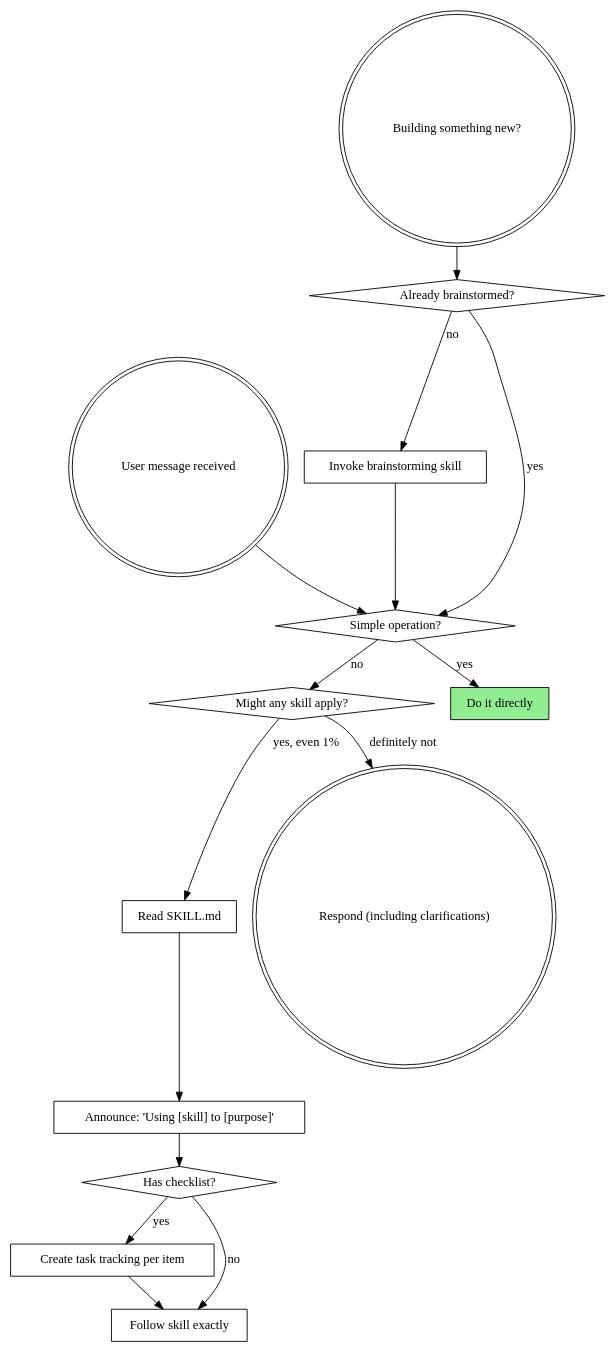
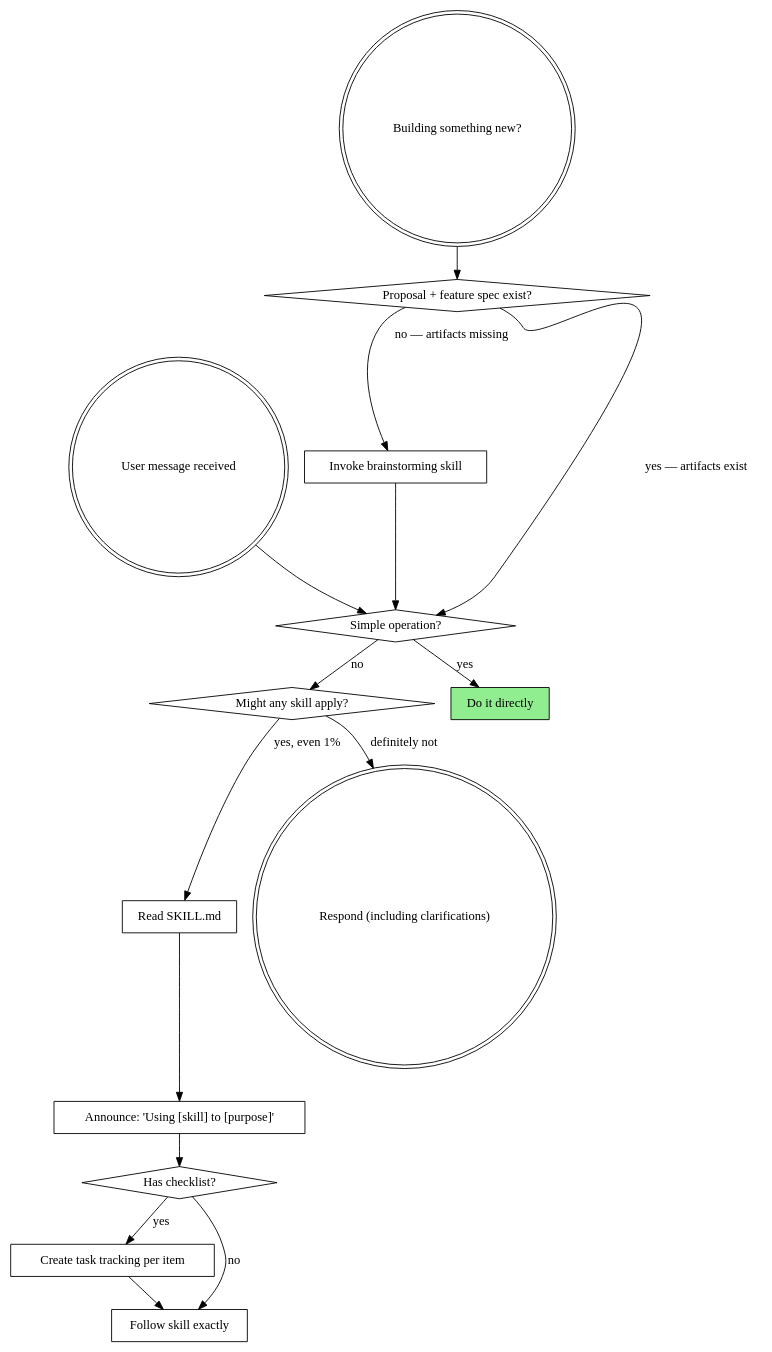
The diagram in skills/using-superpowers/SKILL.md (naripok/pi-superpowers), drawn with Graphviz before and after one commit. The commit also changed other lines of this file and 7 other files, not shown here.

````diff
--- a/skills/using-superpowers/SKILL.md
+++ b/skills/using-superpowers/SKILL.md
@@ -59,33 +59,33 @@
 ```dot
 digraph skill_flow {
     "User message received" [shape=doublecircle];
     "Building something new?" [shape=doublecircle];
-    "Already brainstormed?" [shape=diamond];
+    "Proposal + feature spec exist?" [shape=diamond];
     "Invoke brainstorming skill" [shape=box];
     "Simple operation?" [shape=diamond];
     "Might any skill apply?" [shape=diamond];
     "Read SKILL.md" [shape=box];
     "Announce: 'Using [skill] to [purpose]'" [shape=box];
     "Has checklist?" [shape=diamond];
     "Create task tracking per item" [shape=box];
     "Follow skill exactly" [shape=box];
     "Do it directly" [shape=box, style=filled, fillcolor=lightgreen];
     "Respond (including clarifications)" [shape=doublecircle];
 
-    "Building something new?" -> "Already brainstormed?";
-    "Already brainstormed?" -> "Invoke brainstorming skill" [label="no"];
-    "Already brainstormed?" -> "Simple operation?" [label="yes"];
+    "Building something new?" -> "Proposal + feature spec exist?";
+    "Proposal + feature spec exist?" -> "Invoke brainstorming skill" [label="no — artifacts missing"];
+    "Proposal + feature spec exist?" -> "Simple operation?" [label="yes — artifacts exist"];
     "Invoke brainstorming skill" -> "Simple operation?";
 
     "User message received" -> "Simple operation?";
     "Simple operation?" -> "Do it directly" [label="yes"];
     "Simple operation?" -> "Might any skill apply?" [label="no"];
     "Might any skill apply?" -> "Read SKILL.md" [label="yes, even 1%"];
     "Might any skill apply?" -> "Respond (including clarifications)" [label="definitely not"];
     "Read SKILL.md" -> "Announce: 'Using [skill] to [purpose]'";
     "Announce: 'Using [skill] to [purpose]'" -> "Has checklist?";
     "Has checklist?" -> "Create task tracking per item" [label="yes"];
     "Has checklist?" -> "Follow skill exactly" [label="no"];
     "Create task tracking per item" -> "Follow skill exactly";
 }
 ```
````
